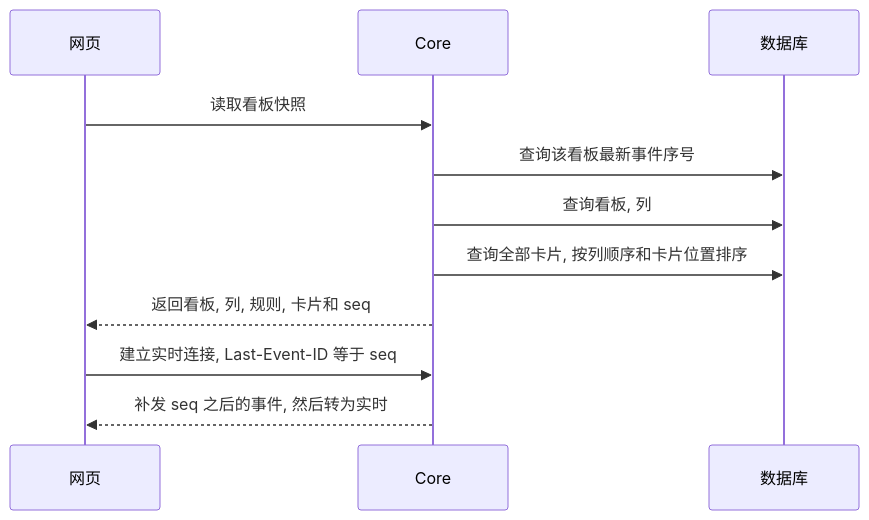
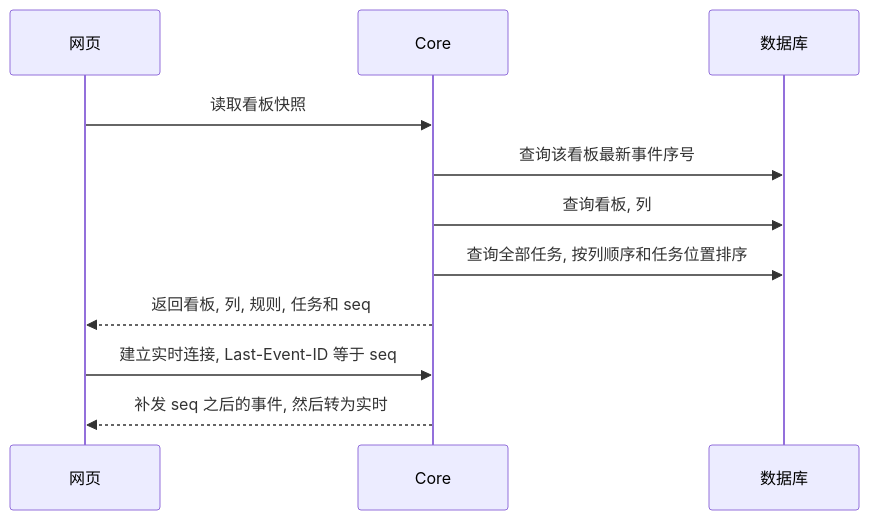
Before and after one commit to ixugo/slate-kanban: the seventh of 7 diagrams in .cursor/scopes/kanban.board.go.md, drawn with Mermaid. The commit also changed other lines of this file and 49 other files, not shown here.

````diff
--- a/.cursor/scopes/kanban.board.go.md
+++ b/.cursor/scopes/kanban.board.go.md
@@ -229,14 +229,14 @@
 ```mermaid
 sequenceDiagram
     participant W as 网页
     participant C as Core
     participant D as 数据库
 
     W->>C: 读取看板快照
     C->>D: 查询该看板最新事件序号
     C->>D: 查询看板, 列
-    C->>D: 查询全部卡片, 按列顺序和卡片位置排序
-    C-->>W: 返回看板, 列, 规则, 卡片和 seq
+    C->>D: 查询全部任务, 按列顺序和任务位置排序
+    C-->>W: 返回看板, 列, 规则, 任务和 seq
     W->>C: 建立实时连接, Last-Event-ID 等于 seq
     C-->>W: 补发 seq 之后的事件, 然后转为实时
 ```
````
